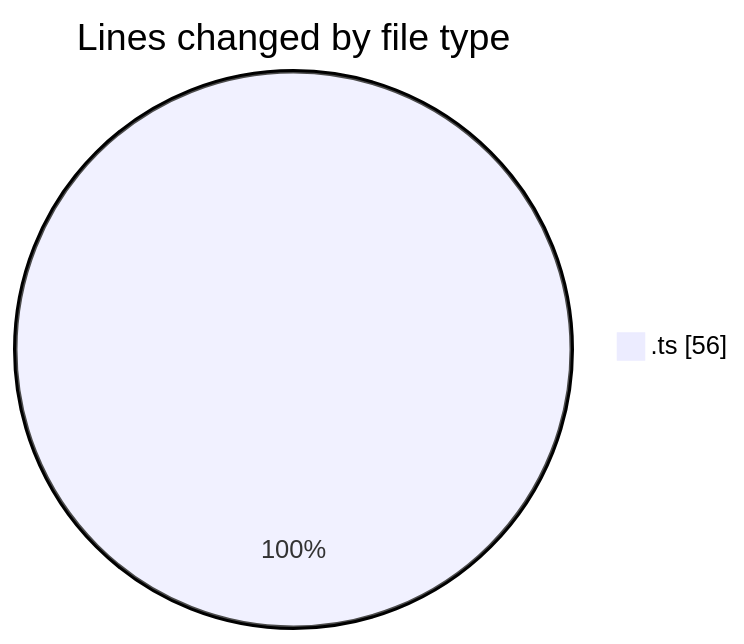
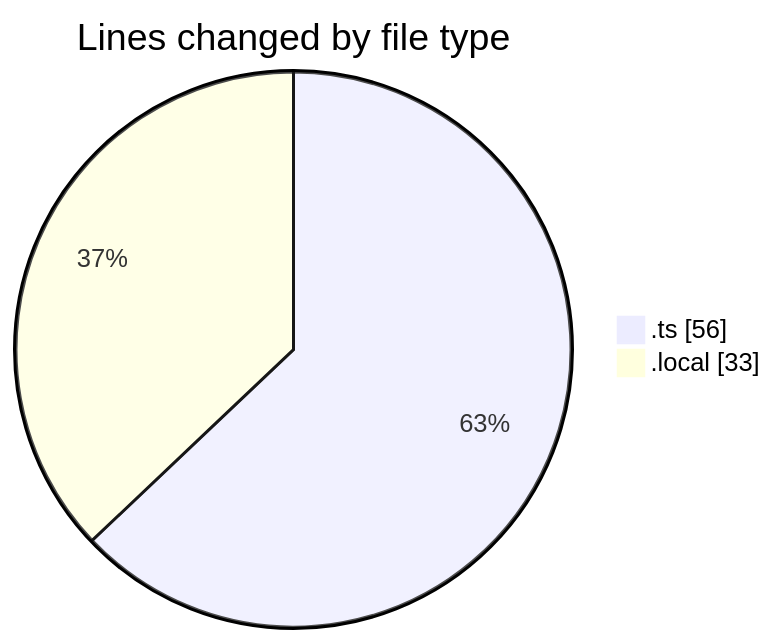
Before and after one commit to julien-gomy/code-tracking: the first of 2 diagrams in 2025-11-14/eventscop-guide/README.md, drawn with Mermaid. The commit also changed other lines of this file and 1 other file, not shown here.

````diff
--- a/2025-11-14/eventscop-guide/README.md
+++ b/2025-11-14/eventscop-guide/README.md
@@ -20,5 +21,6 @@
 ```mermaid
 pie showData
 title Lines changed by file type
 ".ts" : 56
+".local" : 33
 ```
````
